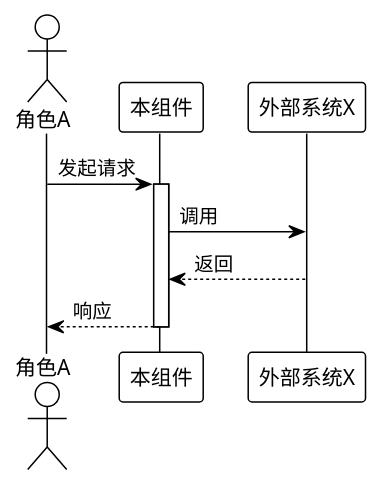
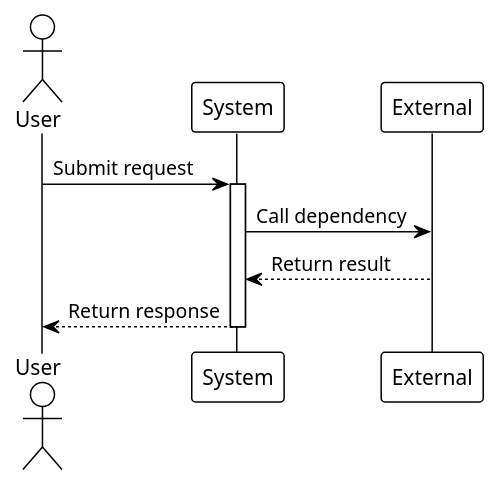
The diagram in templates/delta/delta-spec.md (kvenux/metaspec), drawn with PlantUML before and after one commit. The commit also changed other lines of this file and 37 other files, not shown here.

````diff
--- a/templates/delta/delta-spec.md
+++ b/templates/delta/delta-spec.md
@@ -48,15 +35,15 @@
 ```plantuml
 @startuml
 !theme plain
-actor 角色A
-participant 本组件
-participant 外部系统X
+actor User
+participant System
+participant External
 
-角色A -> 本组件: 发起请求
-activate 本组件
-本组件 -> 外部系统X: 调用
-外部系统X --> 本组件: 返回
-本组件 --> 角色A: 响应
-deactivate 本组件
+User -> System: Submit request
+activate System
+System -> External: Call dependency
+External --> System: Return result
+System --> User: Return response
+deactivate System
 @enduml
 ```
````
